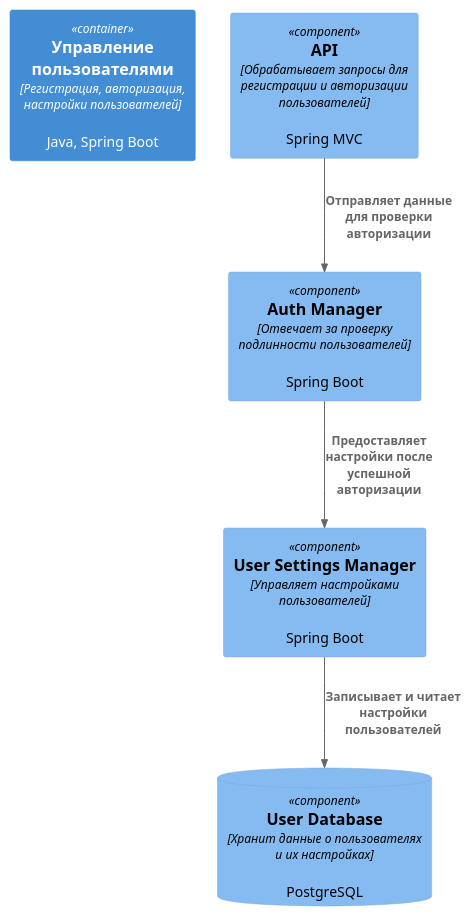
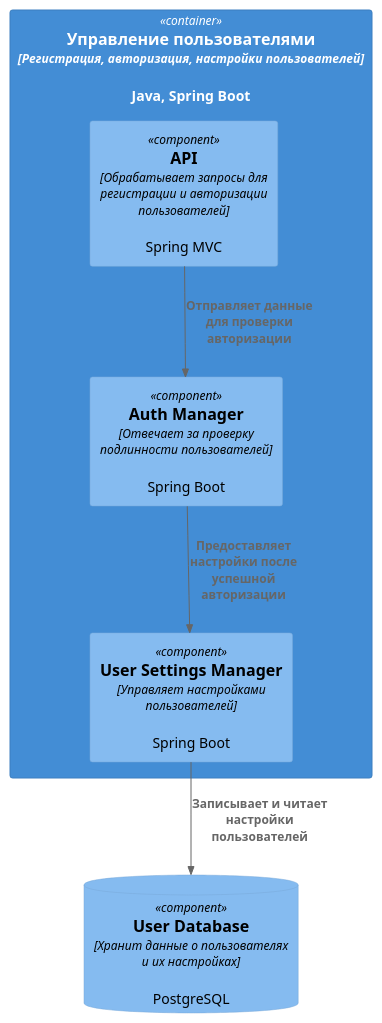
One commit to ArtPro9/architecture-warmhouse changed the diagram in schemas/User_Service_Component.puml. Above: the diagram before and after it, drawn with PlantUML. The commit also changed 2 other files, not shown here.

```diff
--- a/schemas/User_Service_Component.puml
+++ b/schemas/User_Service_Component.puml
@@ -1,15 +1,15 @@
 @startuml
 !include https://raw.githubusercontent.com/RicardoNiepel/C4-PlantUML/master/C4_Component.puml
 
-Container(userService, "Управление пользователями", "Регистрация, авторизация, настройки пользователей", "Java, Spring Boot")
-
-Component(userApi, "API", "Обрабатывает запросы для регистрации и авторизации пользователей", "Spring MVC")
-Component(authManager, "Auth Manager", "Отвечает за проверку подлинности пользователей", "Spring Boot")
-Component(userSettings, "User Settings Manager", "Управляет настройками пользователей", "Spring Boot")
+Container(userService, "Управление пользователями", "Регистрация, авторизация, настройки пользователей", "Java, Spring Boot") {
+    Component(userApi, "API", "Обрабатывает запросы для регистрации и авторизации пользователей", "Spring MVC")
+    Component(authManager, "Auth Manager", "Отвечает за проверку подлинности пользователей", "Spring Boot")
+    Component(userSettings, "User Settings Manager", "Управляет настройками пользователей", "Spring Boot")
+}
 ComponentDb(userDatabase, "User Database", "Хранит данные о пользователях и их настройках", "PostgreSQL")
 
 Rel(userApi, authManager, "Отправляет данные для проверки авторизации")
 Rel(authManager, userSettings, "Предоставляет настройки после успешной авторизации")
 Rel(userSettings, userDatabase, "Записывает и читает настройки пользователей")
 
 @enduml
```
